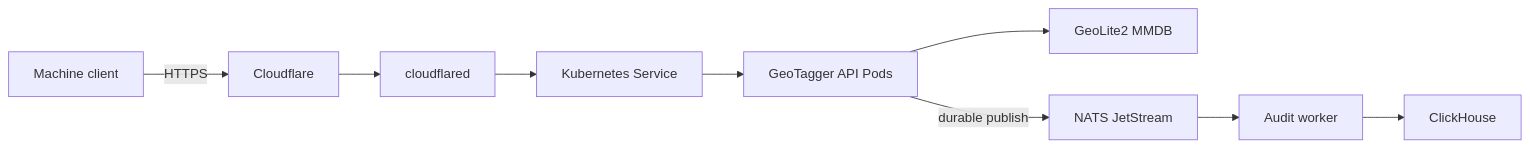
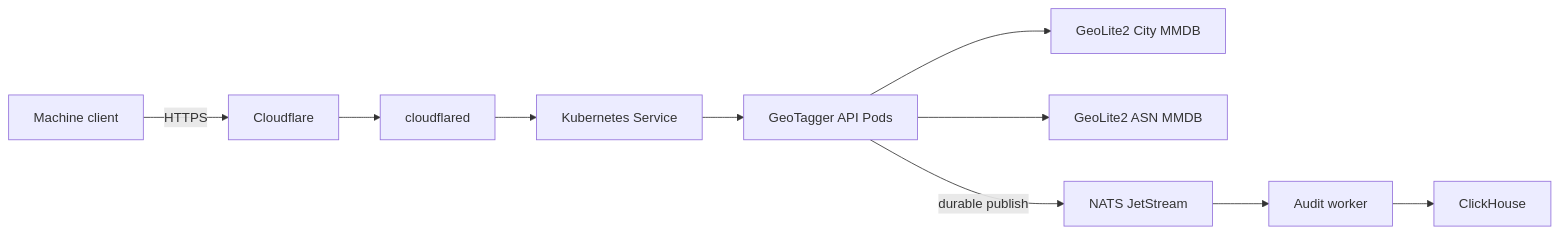
Before and after one commit to Jstarzz/geotagger: the diagram in docs/README.md, drawn with Mermaid. The commit also changed other lines of this file, not shown here.

````diff
--- a/docs/README.md
+++ b/docs/README.md
@@ -26,11 +17,12 @@
 ```mermaid
 flowchart LR
     CLIENT["Machine client"] -->|"HTTPS"| CF["Cloudflare"]
     CF --> CFD["cloudflared"]
     CFD --> SVC["Kubernetes Service"]
     SVC --> API["GeoTagger API Pods"]
-    API --> MMDB["GeoLite2 MMDB"]
+    API --> CITY["GeoLite2 City MMDB"]
+    API --> ASN["GeoLite2 ASN MMDB"]
     API -->|"durable publish"| NATS["NATS JetStream"]
     NATS --> WORKER["Audit worker"]
     WORKER --> CH["ClickHouse"]
 ```
````
